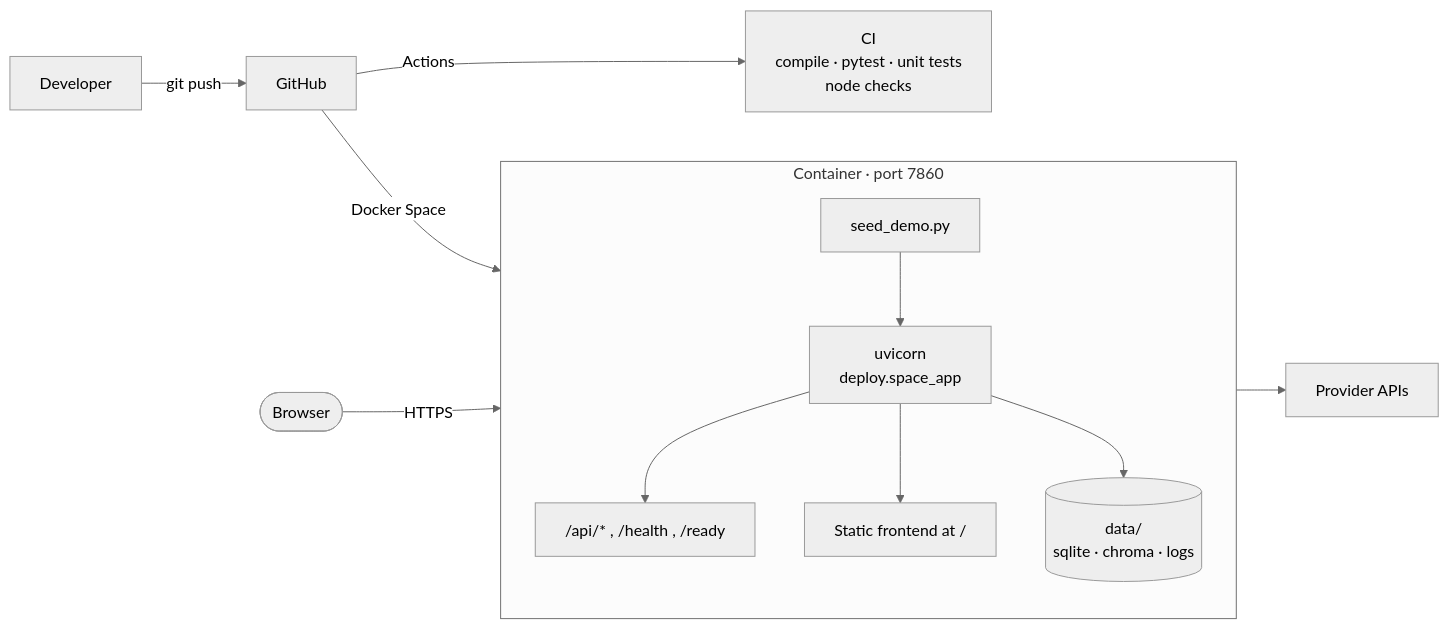
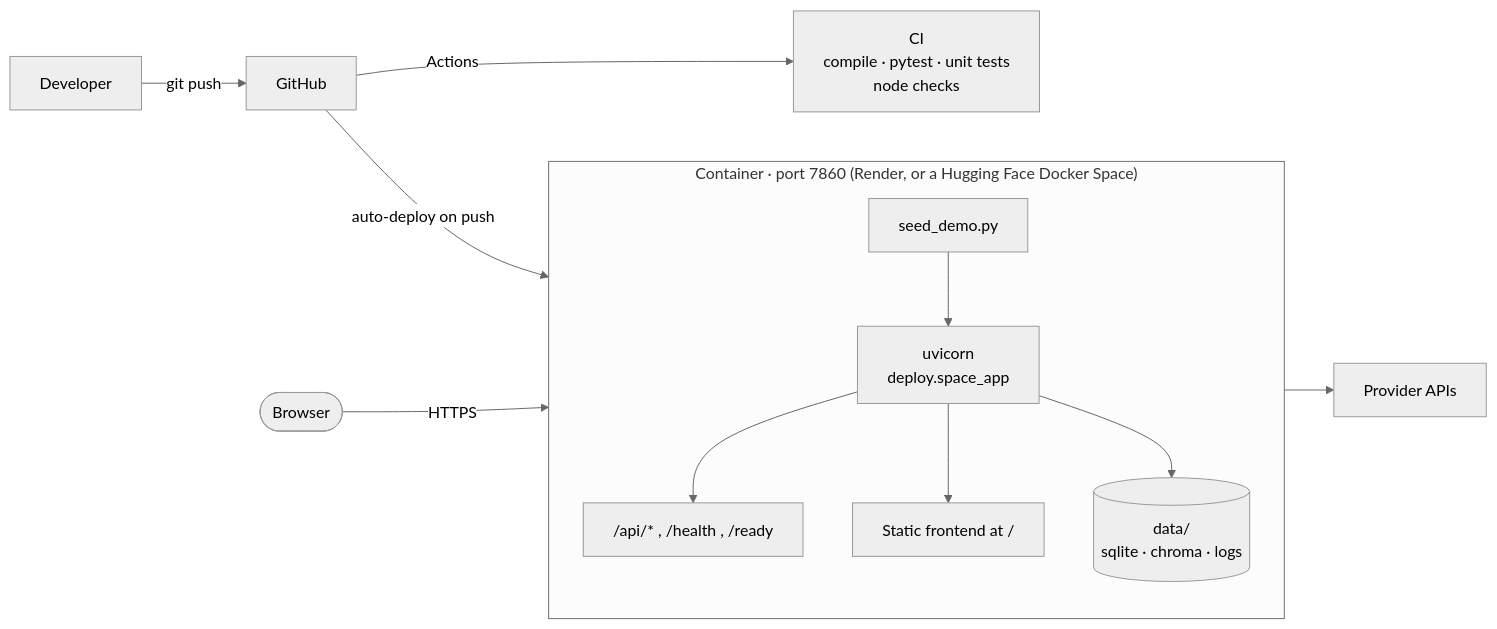
One commit to shreyajoshi144/atlas changed the ninth of 9 diagrams in docs/02-architecture.md. Above: the diagram before and after it, drawn with Mermaid (neutral theme). The commit also changed other lines of this file and 34 other files, not shown here.

````diff
--- a/docs/02-architecture.md
+++ b/docs/02-architecture.md
@@ -235,16 +231,16 @@
 ```mermaid
 flowchart LR
     DEV[Developer] -->|git push| GH[GitHub]
     GH -->|Actions| CI["CI<br/>compile · pytest · unit tests<br/>node checks"]
-    GH -->|Docker Space| HF
+    GH -->|auto-deploy on push| HF
 
-    subgraph HF["Container · port 7860"]
+    subgraph HF["Container · port 7860 (Render, or a Hugging Face Docker Space)"]
         SEED[seed_demo.py] --> UV["uvicorn<br/>deploy.space_app"]
         UV --> API2["/api/* , /health , /ready"]
         UV --> STATIC["Static frontend at /"]
         UV --> DATA[("data/<br/>sqlite · chroma · logs")]
     end
 
     USER([Browser]) -->|HTTPS| HF
     HF --> PROV[Provider APIs]
 ```
````
